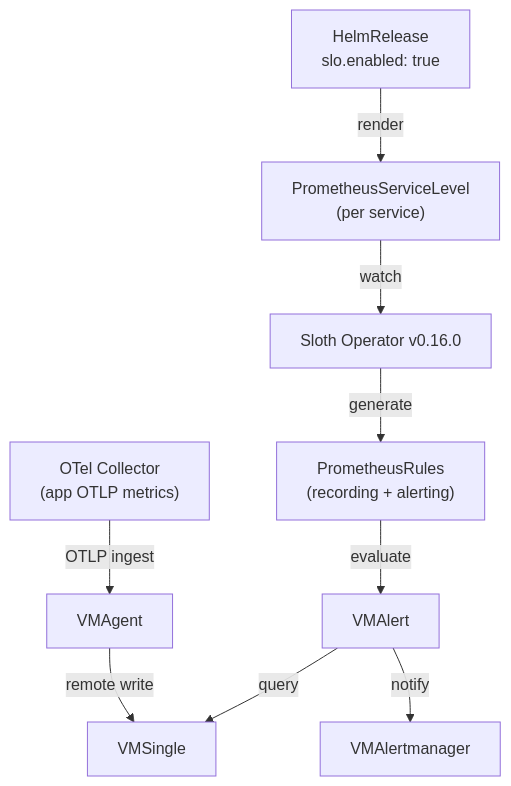
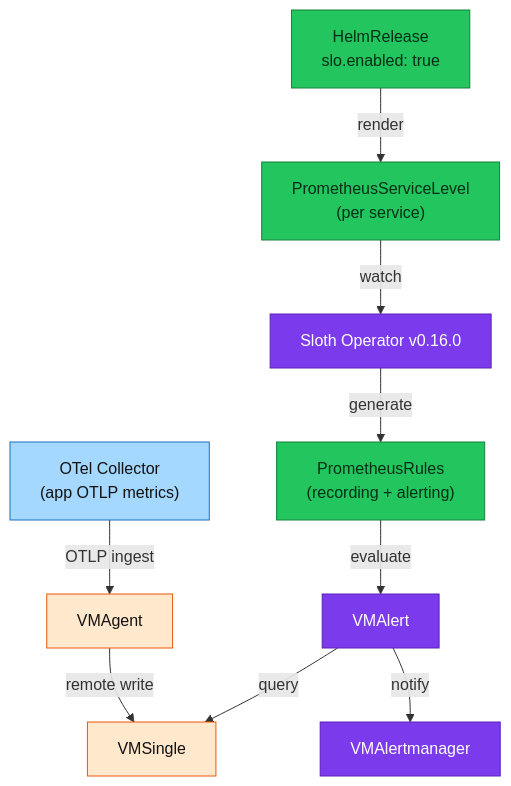
Before and after one commit to duynhlab/homelab: the fifth of 7 diagrams in docs/observability/runbooks/observability-deep-dive.md, drawn with Mermaid. The commit also changed other lines of this file and 33 other files, not shown here.

First line of the commit message:
Refresh observability diagrams (#516)

````diff
--- a/docs/observability/runbooks/observability-deep-dive.md
+++ b/docs/observability/runbooks/observability-deep-dive.md
@@ -318,11 +365,21 @@
 ```mermaid
 flowchart TD
     HR["HelmRelease\nslo.enabled: true"] -->|render| PSL["PrometheusServiceLevel\n(per service)"]
     PSL -->|watch| Sloth["Sloth Operator v0.16.0"]
     Sloth -->|generate| PR["PrometheusRules\n(recording + alerting)"]
+
     PR -->|evaluate| VMAlert["VMAlert"]
     VMAlert -->|query| VMSingle["VMSingle"]
     VMAlert -->|notify| VMAMgr["VMAlertmanager"]
     OTelC["OTel Collector\n(app OTLP metrics)"] -->|"OTLP ingest"| VMAgent["VMAgent"]
     VMAgent -->|"remote write"| VMSingle
+
+    classDef data fill:#22c55e,color:#052e16,stroke:#15803d;
+    classDef platform fill:#7c3aed,color:#fff,stroke:#5b21b6;
+    classDef metric fill:#ffe8cc,color:#111,stroke:#e8590c;
+    classDef collector fill:#a5d8ff,color:#111,stroke:#1971c2;
+    class HR,PSL,PR data;
+    class VMSingle,VMAgent metric;
+    class Sloth,VMAlert,VMAMgr platform;
+    class OTelC collector;
 ```
````
